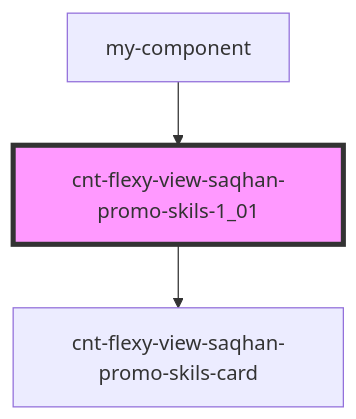
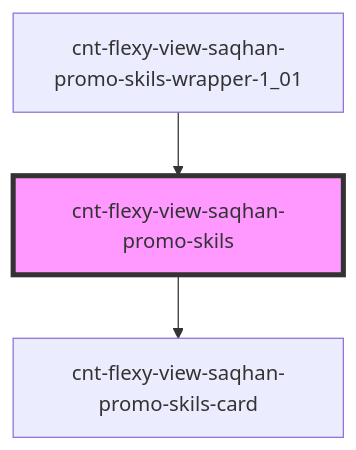
The diagram in src/components/cnt-flexy-view-saqhan-promo-skils-wrapper/res/view/cnt-flexy-view-saqhan-promo-skils/readme.md (saqhan/s-promo), drawn with Mermaid before and after one commit. The commit also changed other lines of this file and 167 other files, not shown here.

````diff
--- a/src/components/cnt-flexy-view-saqhan-promo-skils-wrapper/res/view/cnt-flexy-view-saqhan-promo-skils/readme.md
+++ b/src/components/cnt-flexy-view-saqhan-promo-skils-wrapper/res/view/cnt-flexy-view-saqhan-promo-skils/readme.md
@@ -26,6 +26,6 @@
 ```mermaid
 graph TD;
-  cnt-flexy-view-saqhan-promo-skils-1_01 --> cnt-flexy-view-saqhan-promo-skils-card
-  my-component --> cnt-flexy-view-saqhan-promo-skils-1_01
-  style cnt-flexy-view-saqhan-promo-skils-1_01 fill:#f9f,stroke:#333,stroke-width:4px
+  cnt-flexy-view-saqhan-promo-skils --> cnt-flexy-view-saqhan-promo-skils-card
+  cnt-flexy-view-saqhan-promo-skils-wrapper-1_01 --> cnt-flexy-view-saqhan-promo-skils
+  style cnt-flexy-view-saqhan-promo-skils fill:#f9f,stroke:#333,stroke-width:4px
 ```
````
